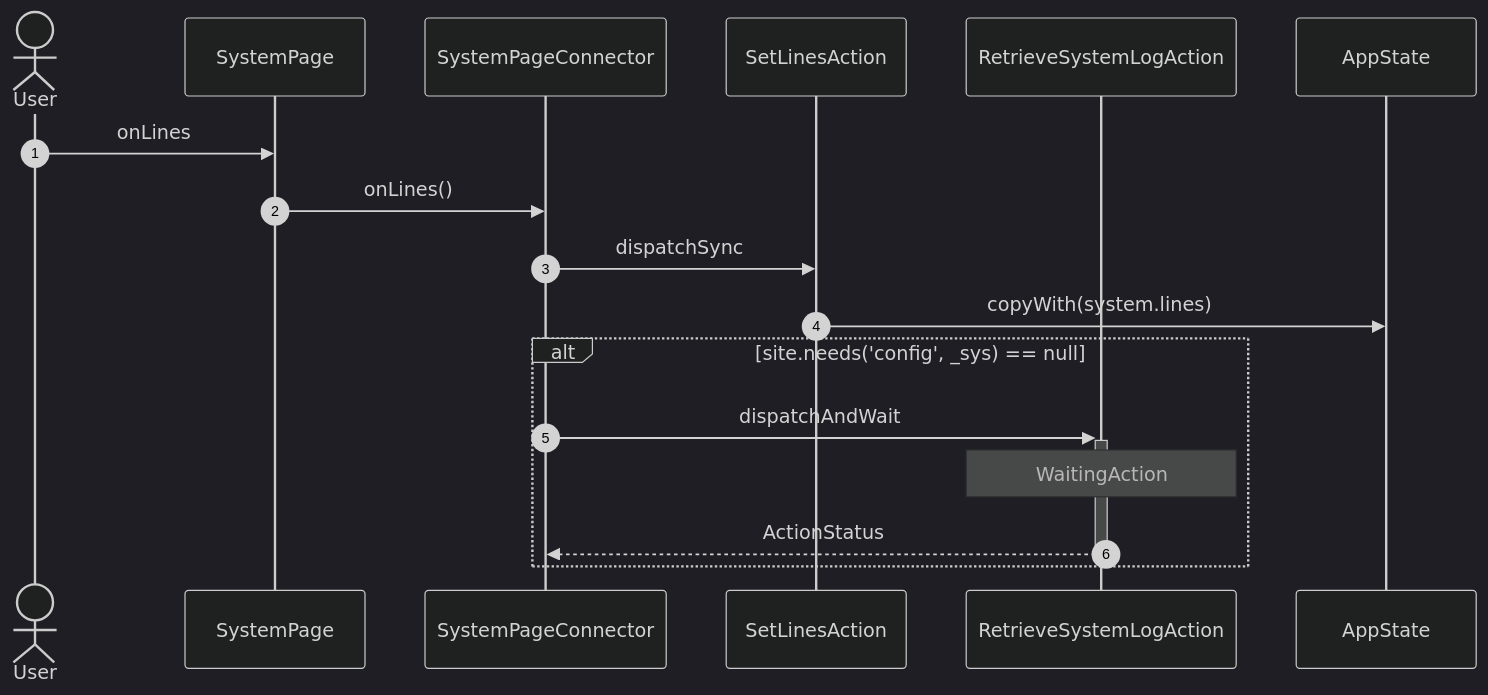
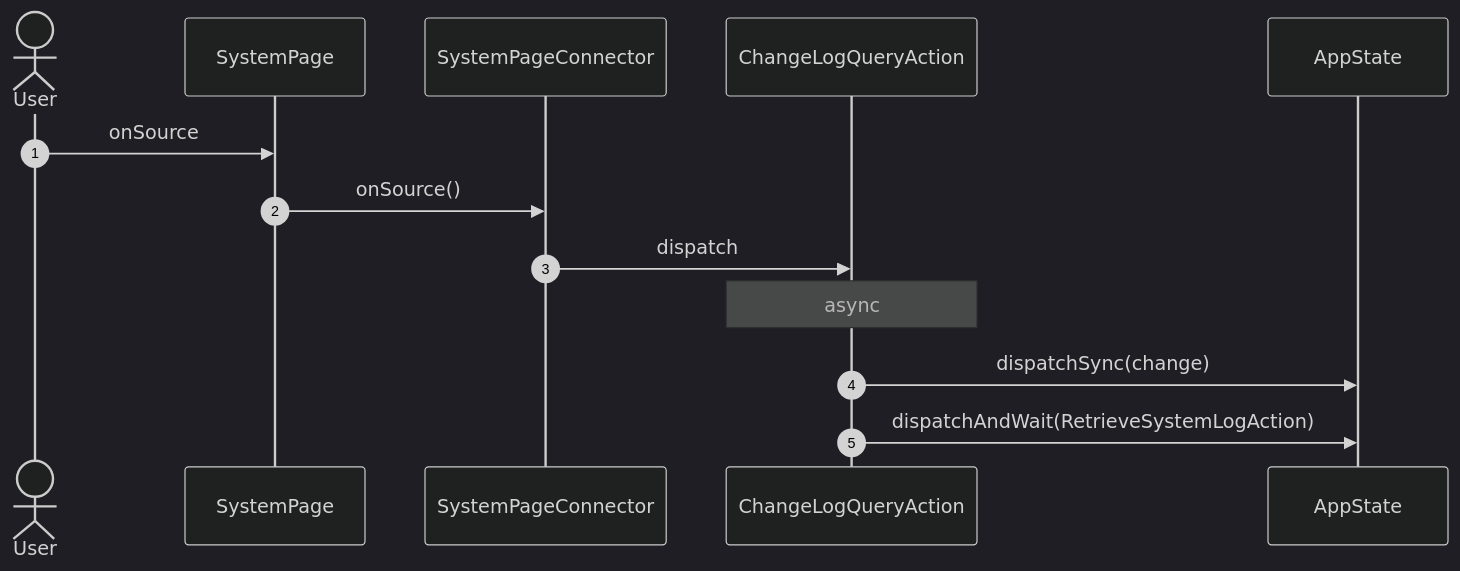
One commit to gencto/wyrm changed diagram 13 of 26 in studio/docs/flows/system.md. Above: the diagram before and after it, drawn with Mermaid (dark theme). The commit also changed other lines of this file and 88 other files, not shown here.

First line of the commit message:
studio: system: typed values, words in ui, one action per intent

````diff
--- a/studio/docs/flows/system.md
+++ b/studio/docs/flows/system.md
@@ -286,20 +215,16 @@
 ```mermaid
 sequenceDiagram
     autonumber
     actor User
     participant UI as SystemPage
     participant VM as SystemPageConnector
-    participant A1 as SetLinesAction
-    participant A2 as RetrieveSystemLogAction
+    participant A1 as ChangeLogQueryAction
     participant ST as AppState
 
-    User->>UI: onLines
-    UI->>VM: onLines()
-    VM->>A1: dispatchSync
-    A1->>ST: copyWith(system.lines)
-    alt site.needs('config', _sys) == null
-        VM->>+A2: dispatchAndWait
-        Note over A2: WaitingAction
-        A2-->>-VM: ActionStatus
-    end
+    User->>UI: onSource
+    UI->>VM: onSource()
+    VM->>A1: dispatch
+    Note over A1: async
+    A1->>ST: dispatchSync(change)
+    A1->>ST: dispatchAndWait(RetrieveSystemLogAction)
 ```
````
